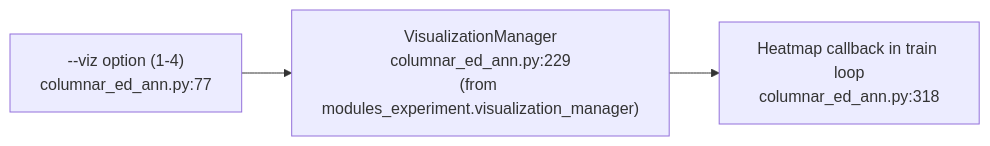
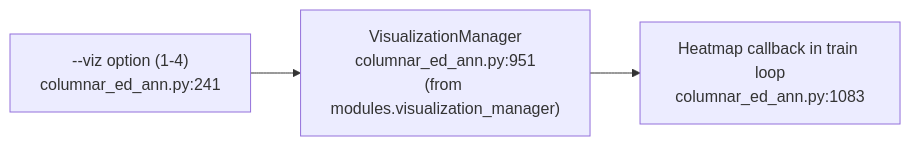
One commit to yoiwa0714/columnar_ed_ann changed the sixth of 6 diagrams in docs/ja/ed_learning_mechanism_anchors.md. Above: the diagram before and after it, drawn with Mermaid. The commit also changed other lines of this file and 7 other files, not shown here.

````diff
--- a/docs/ja/ed_learning_mechanism_anchors.md
+++ b/docs/ja/ed_learning_mechanism_anchors.md
@@ -105,5 +103,5 @@
 ```mermaid
 flowchart LR
-    A["--viz option (1-4)<br/>columnar_ed_ann.py:77"] --> B["VisualizationManager<br/>columnar_ed_ann.py:229<br/>(from modules_experiment.visualization_manager)"]
-    B --> C["Heatmap callback in train loop<br/>columnar_ed_ann.py:318"]
+    A["--viz option (1-4)<br/>columnar_ed_ann.py:241"] --> B["VisualizationManager<br/>columnar_ed_ann.py:951<br/>(from modules.visualization_manager)"]
+    B --> C["Heatmap callback in train loop<br/>columnar_ed_ann.py:1083"]
 ```
````
